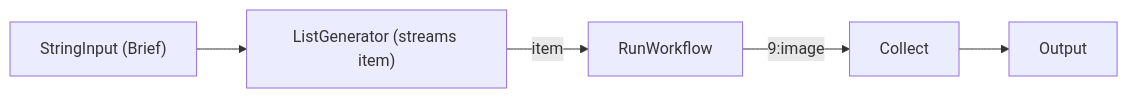
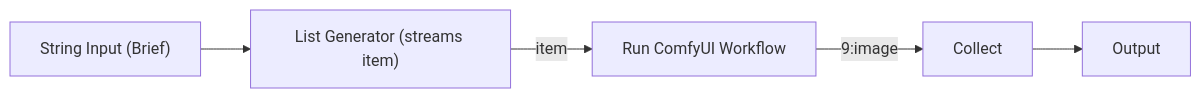
One commit to nodetool-ai/nodetool changed the second of 4 diagrams in docs/comfyui-recipes.md. Above: the diagram before and after it, drawn with Mermaid. The commit also changed other lines of this file and 19 other files, not shown here.

```diff
--- a/docs/comfyui-recipes.md
+++ b/docs/comfyui-recipes.md
@@ -73,10 +71,10 @@
 {% mermaid %}
 graph LR
-  brief["StringInput (Brief)"]
-  list["ListGenerator (streams item)"]
-  comfy["RunWorkflow"]
+  brief["String Input (Brief)"]
+  list["List Generator (streams item)"]
+  comfy["Run ComfyUI Workflow"]
   collect["Collect"]
   out["Output"]
   brief --> list -->|item| comfy
   comfy -->|"9:image"| collect --> out
 {% endmermaid %}
```
